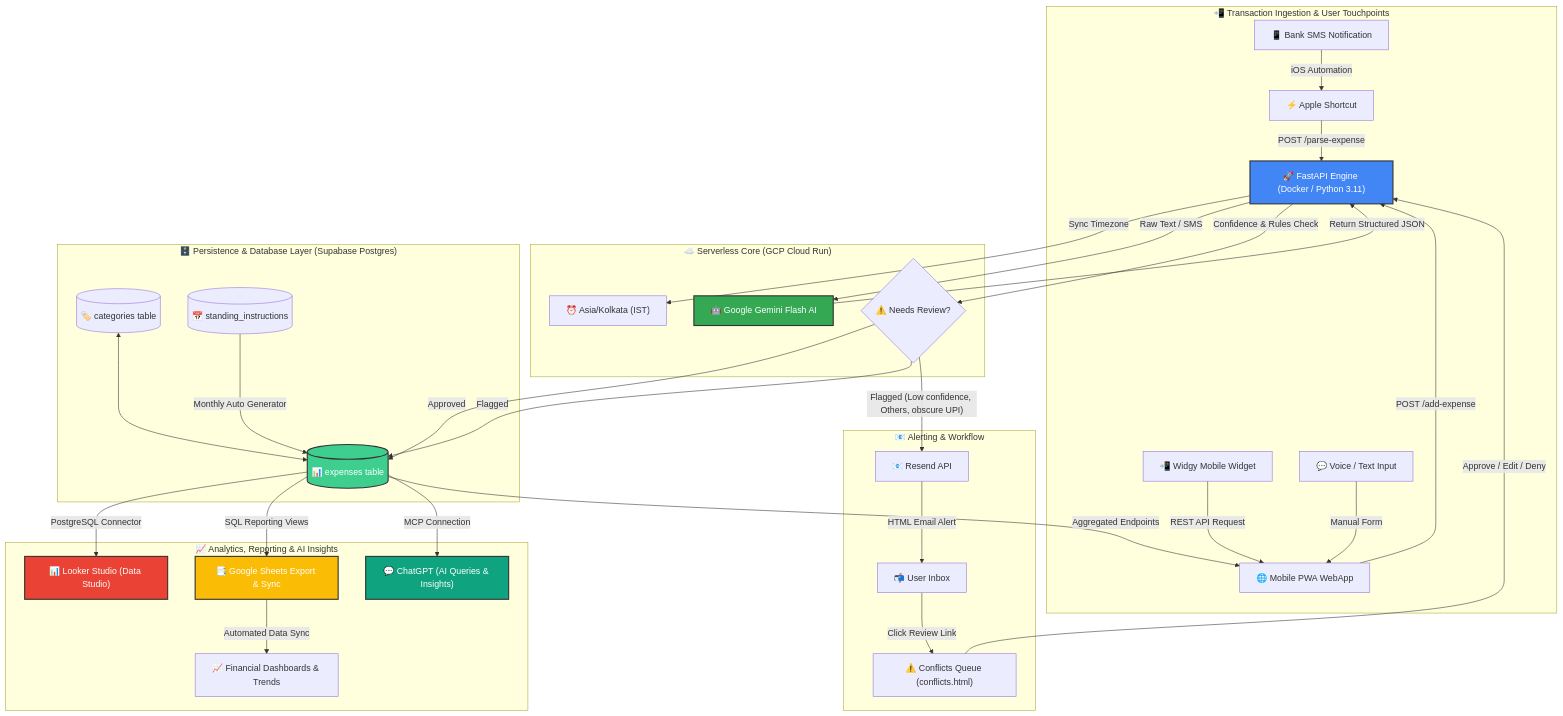
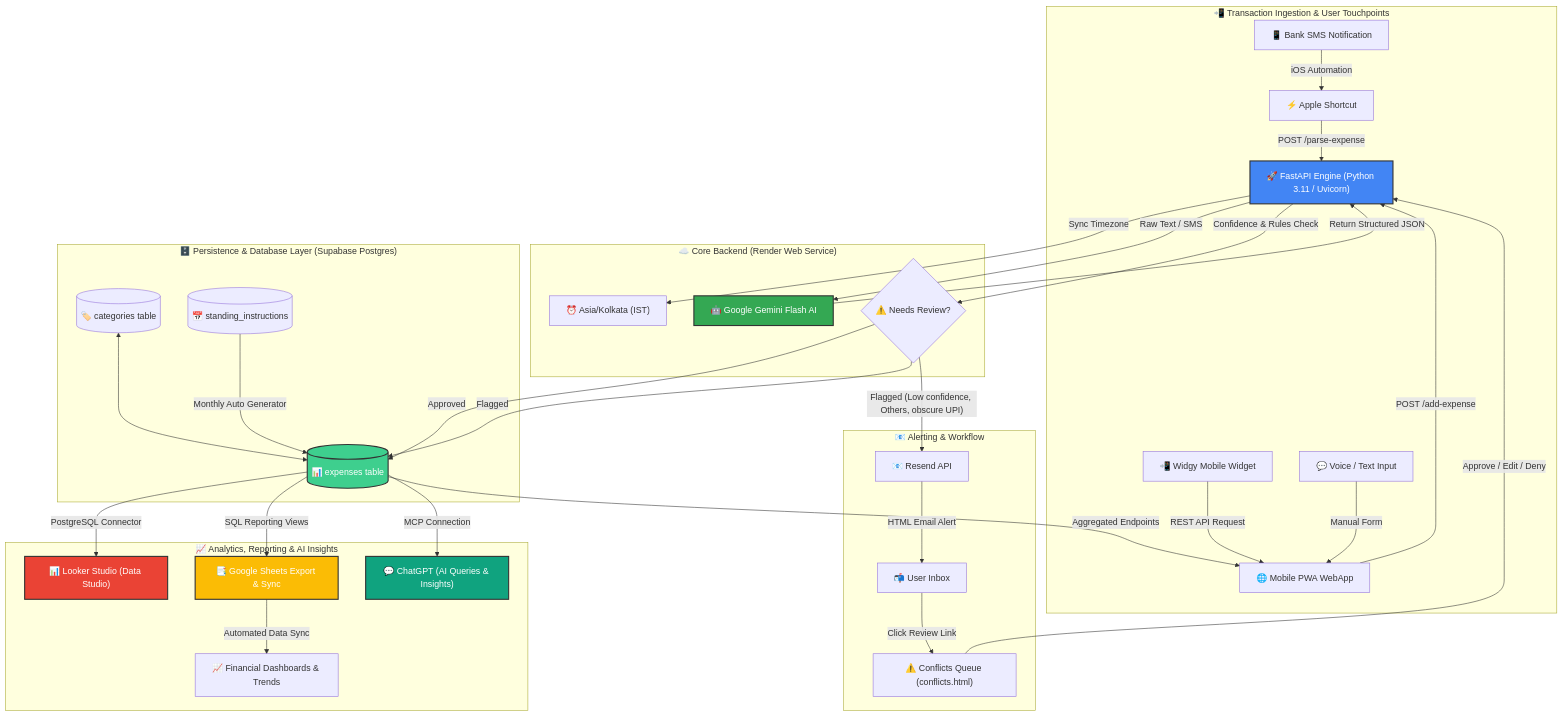
One commit to shyammvm/SmartExpenseTracker changed the diagram in README.md. Above: the diagram before and after it, drawn with Mermaid. The commit also changed other lines of this file and 2 other files, not shown here.

Commit message:
moving to render

````diff
--- a/README.md
+++ b/README.md
@@ -11,51 +11,51 @@
 ```mermaid
 flowchart TD
     subgraph Ingestion ["📲 Transaction Ingestion & User Touchpoints"]
         A1["📱 Bank SMS Notification"] -->|iOS Automation| B1["⚡ Apple Shortcut"]
         A2["📲 Widgy Mobile Widget"] -->|REST API Request| B2["🌐 Mobile PWA WebApp"]
         A3["💬 Voice / Text Input"] -->|Manual Form| B2
         B1 -->|POST /parse-expense| C1
         B2 -->|POST /add-expense| C1
     end
 
-    subgraph Compute ["☁️ Serverless Core (GCP Cloud Run)"]
-        C1["🚀 FastAPI Engine (Docker / Python 3.11)"]
+    subgraph Compute ["☁️ Core Backend (Render Web Service)"]
+        C1["🚀 FastAPI Engine (Python 3.11 / Uvicorn)"]
         C1 -->|Sync Timezone| C2["⏰ Asia/Kolkata (IST)"]
         
         C1 -->|Raw Text / SMS| D1["🤖 Google Gemini Flash AI"]
         D1 -->|Return Structured JSON| C1
         
         C1 -->|Confidence & Rules Check| C3{"⚠️ Needs Review?"}
     end
 
     subgraph Storage ["🗄️ Persistence & Database Layer (Supabase Postgres)"]
         C3 -->|Approved| E1[("📊 expenses table")]
         C3 -->|Flagged| E1
         
         E2[("🏷️ categories table")] <--> E1
         E3[("📅 standing_instructions")] -->|Monthly Auto Generator| E1
     end
 
     subgraph Notification ["📧 Alerting & Workflow"]
         C3 -->|"Flagged (Low confidence, Others, obscure UPI)"| F1["📧 Resend API"]
         F1 -->|HTML Email Alert| F2["📬 User Inbox"]
         F2 -->|Click Review Link| G1["⚠️ Conflicts Queue (conflicts.html)"]
         G1 -->|Approve / Edit / Deny| C1
     end
 
     subgraph Analytics ["📈 Analytics, Reporting & AI Insights"]
         E1 -->|PostgreSQL Connector| H1["📊 Looker Studio (Data Studio)"]
         E1 -->|SQL Reporting Views| H2["📑 Google Sheets Export & Sync"]
         E1 -->|MCP Connection| H4["💬 ChatGPT (AI Queries & Insights)"]
         
         H2 -->|Automated Data Sync| H3["📈 Financial Dashboards & Trends"]
         E1 -->|Aggregated Endpoints| B2
     end
 
     style C1 fill:#4285F4,stroke:#333,stroke-width:2px,color:#fff
     style D1 fill:#34A853,stroke:#333,stroke-width:2px,color:#fff
     style E1 fill:#3ECF8E,stroke:#333,stroke-width:2px,color:#fff
     style H1 fill:#EA4335,stroke:#333,stroke-width:2px,color:#fff
     style H2 fill:#FBBC05,stroke:#333,stroke-width:2px,color:#fff
     style H4 fill:#10A37F,stroke:#333,stroke-width:2px,color:#fff
 ```
````
